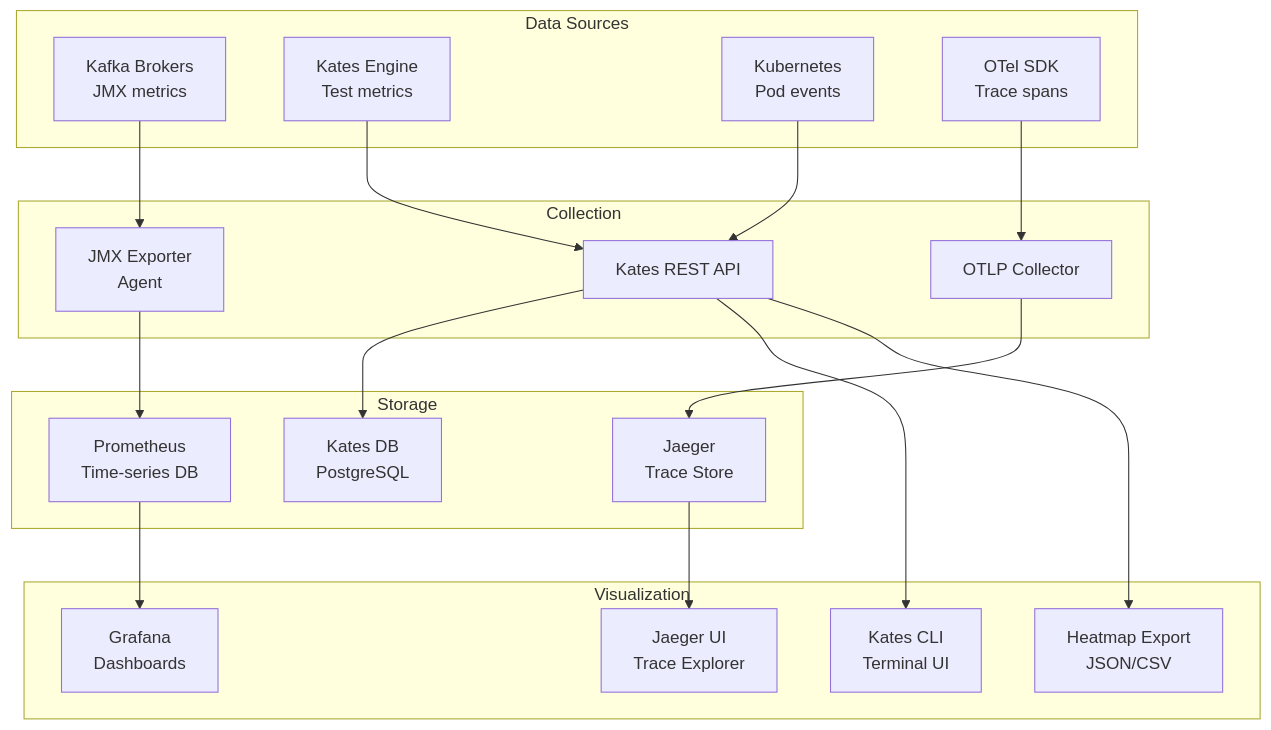
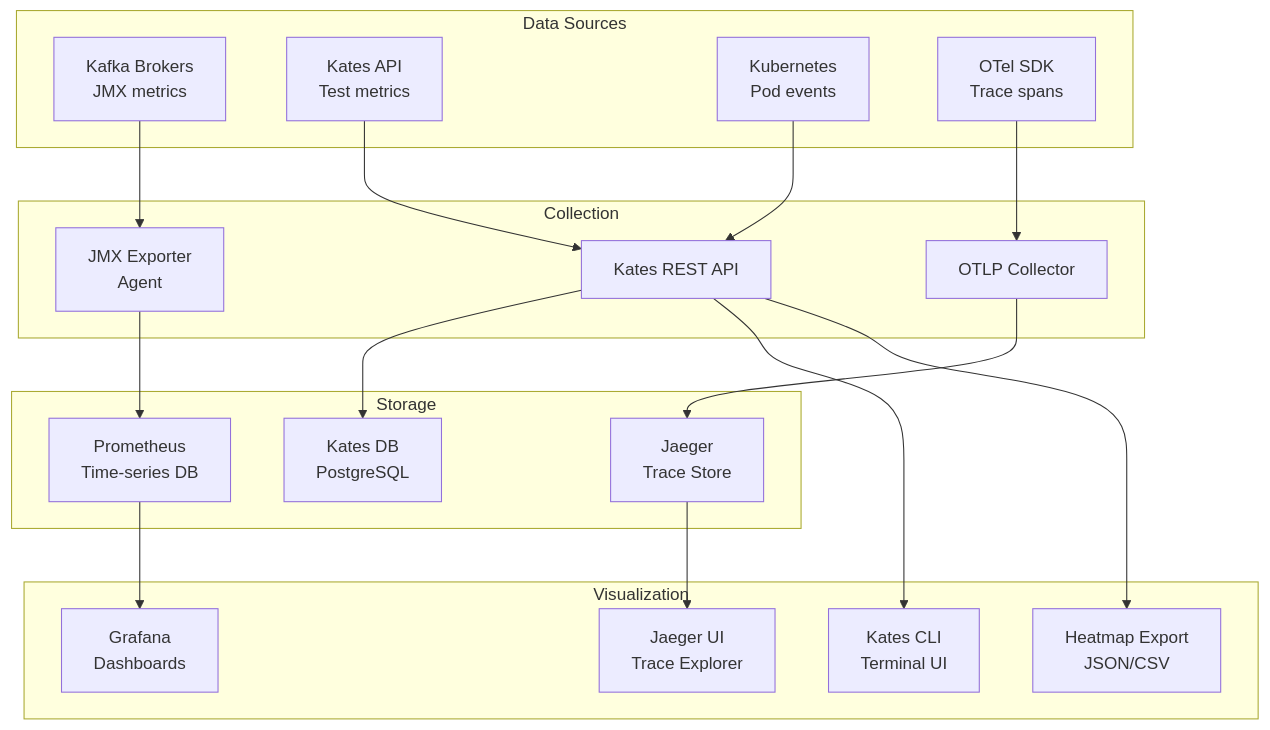
One commit to actions-marketplace-validations/bmscomp_kates changed the first of 2 diagrams in docs/book/09-observability.md. Above: the diagram before and after it, drawn with Mermaid. The commit also changed other lines of this file and 5 other files, not shown here.

First line of the commit message:
docs(book): one home for NetworkPolicy additivity, and the Kates API's name in Parts IV and V (#227)

````diff
--- a/docs/book/09-observability.md
+++ b/docs/book/09-observability.md
@@ -20,35 +20,35 @@
 ```mermaid
 graph TB
     subgraph Sources["Data Sources"]
         KB[Kafka Brokers<br/>JMX metrics]
-        KE[Kates Engine<br/>Test metrics]
+        KE[Kates API<br/>Test metrics]
         K8S[Kubernetes<br/>Pod events]
         OTEL[OTel SDK<br/>Trace spans]
     end
     
     subgraph Collection["Collection"]
         JMX[JMX Exporter<br/>Agent]
         API[Kates REST API]
         OTLP[OTLP Collector]
     end
     
     subgraph Storage["Storage"]
         PROM[Prometheus<br/>Time-series DB]
         DB[Kates DB<br/>PostgreSQL]
         JAEGER[Jaeger<br/>Trace Store]
     end
     
     subgraph Visualization["Visualization"]
         GRAF[Grafana<br/>Dashboards]
         CLI[Kates CLI<br/>Terminal UI]
         HM[Heatmap Export<br/>JSON/CSV]
         JUI[Jaeger UI<br/>Trace Explorer]
     end
     
     KB --> JMX --> PROM --> GRAF
     KE --> API --> DB
     API --> CLI
     API --> HM
     K8S --> API
     OTEL --> OTLP --> JAEGER --> JUI
 ```
````
